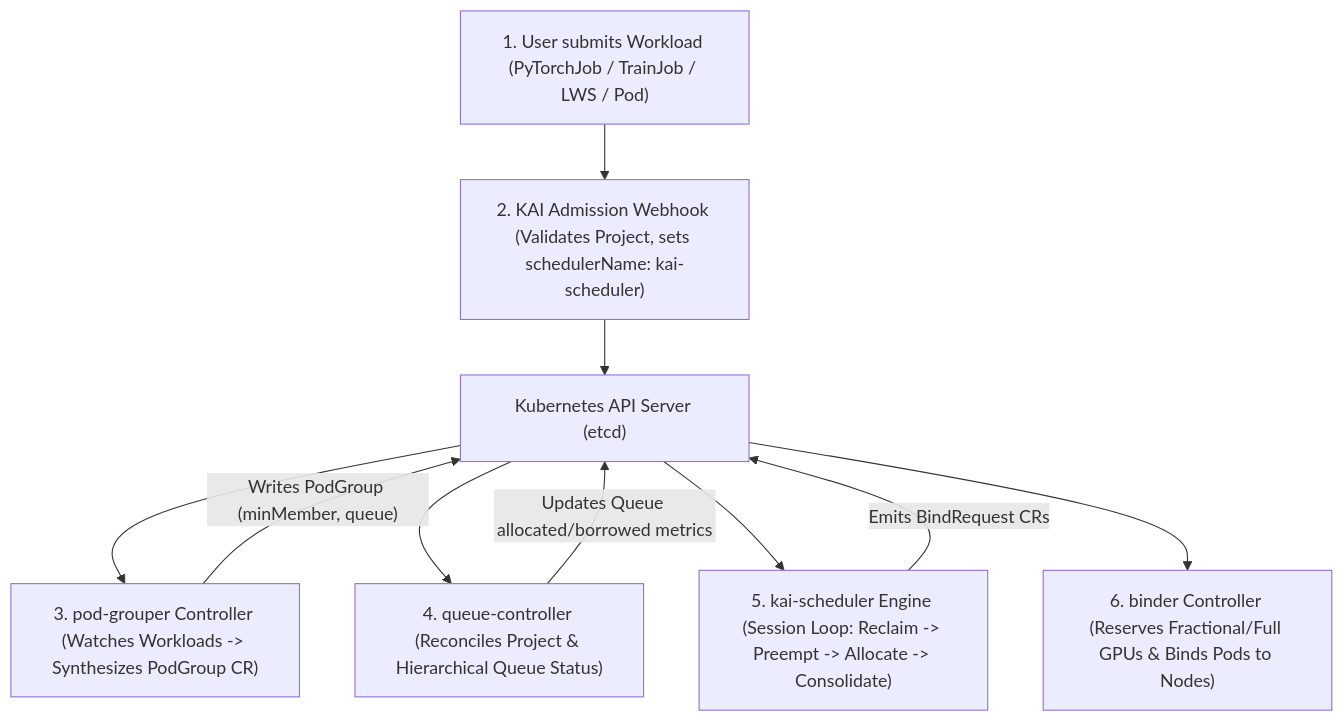
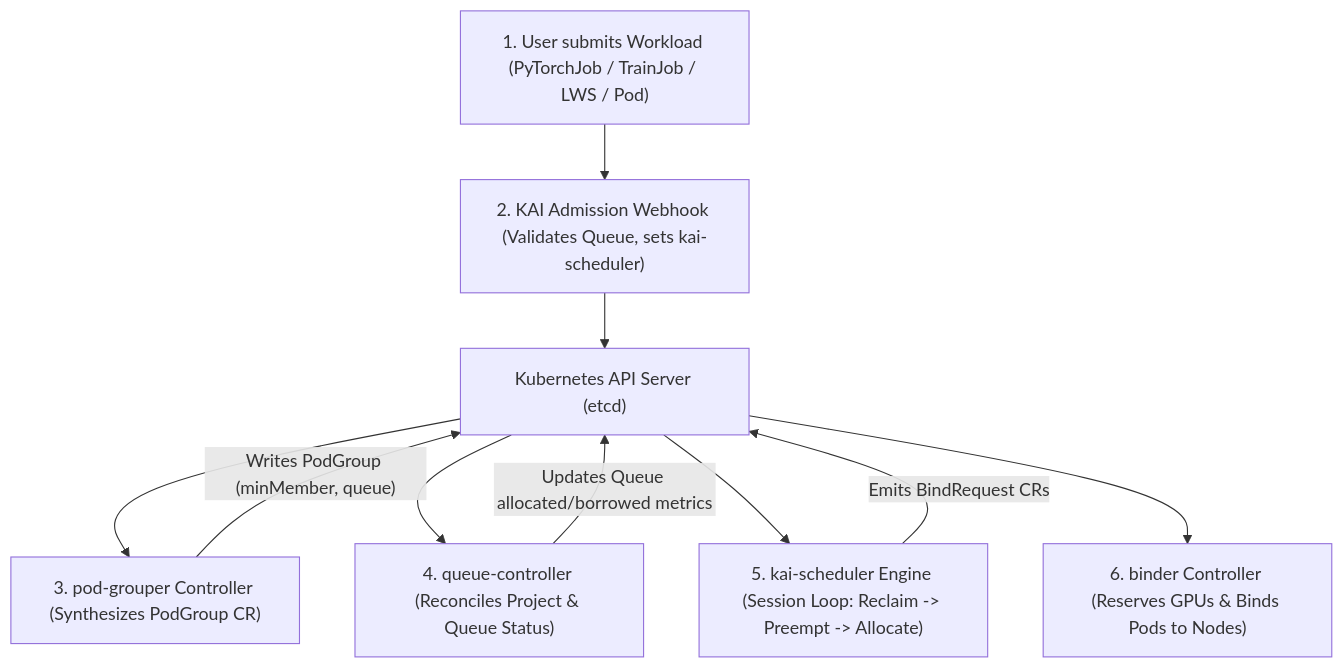
One commit to jithinpnjm/ai-infra-handbook changed the first of 2 diagrams in docs/part-11-gpu-kubernetes/14-kai-scheduler-architecture-and-resources.md. Above: the diagram before and after it, drawn with Mermaid. The commit also changed other lines of this file and 503 other files, not shown here.

````diff
--- a/docs/part-11-gpu-kubernetes/14-kai-scheduler-architecture-and-resources.md
+++ b/docs/part-11-gpu-kubernetes/14-kai-scheduler-architecture-and-resources.md
@@ -66,12 +73,12 @@
 ```mermaid
 flowchart TD
-    User["1. User submits Workload (PyTorchJob / TrainJob / LWS / Pod)"] --> Webhook["2. KAI Admission Webhook (Validates Project, sets schedulerName: kai-scheduler)"]
+    User["1. User submits Workload (PyTorchJob / TrainJob / LWS / Pod)"] --> Webhook["2. KAI Admission Webhook (Validates Queue, sets kai-scheduler)"]
     Webhook --> API["Kubernetes API Server (etcd)"]
-    API --> Grouper["3. pod-grouper Controller (Watches Workloads -> Synthesizes PodGroup CR)"]
-    API --> QCtrl["4. queue-controller (Reconciles Project & Hierarchical Queue Status)"]
+    API --> Grouper["3. pod-grouper Controller (Synthesizes PodGroup CR)"]
+    API --> QCtrl["4. queue-controller (Reconciles Project & Queue Status)"]
     Grouper -->|"Writes PodGroup (minMember, queue)"| API
     QCtrl -->|"Updates Queue allocated/borrowed metrics"| API
-    API --> Sched["5. kai-scheduler Engine (Session Loop: Reclaim -> Preempt -> Allocate -> Consolidate)"]
+    API --> Sched["5. kai-scheduler Engine (Session Loop: Reclaim -> Preempt -> Allocate)"]
     Sched -->|"Emits BindRequest CRs"| API
-    API --> Binder["6. binder Controller (Reserves Fractional/Full GPUs & Binds Pods to Nodes)"]
+    API --> Binder["6. binder Controller (Reserves GPUs & Binds Pods to Nodes)"]
 ```
````
